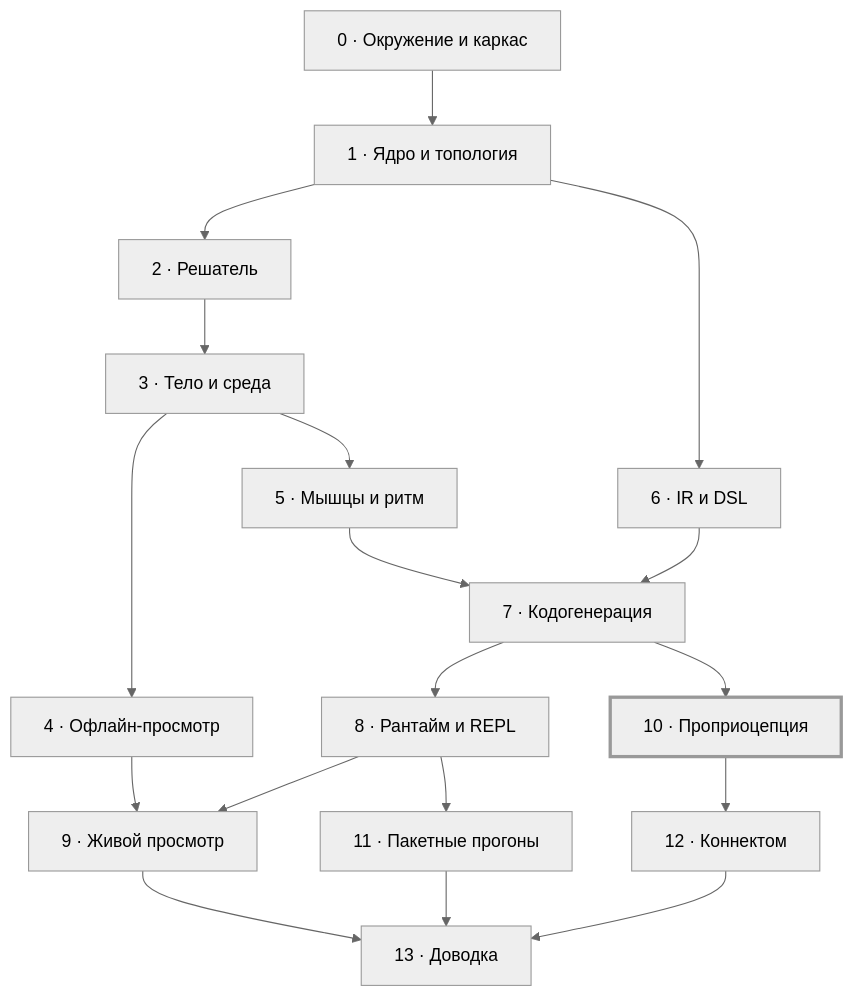
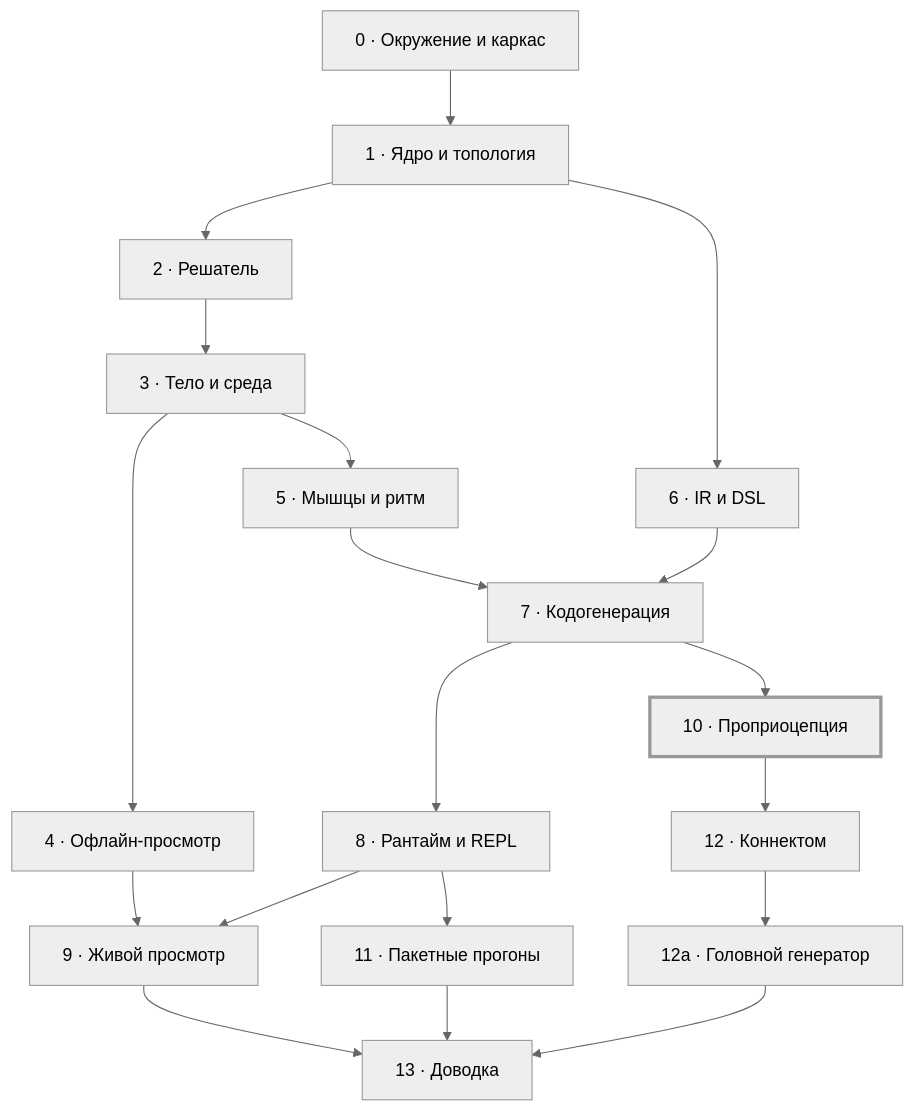
The diagram in docs/plan.md (Ranatar/Wormlisp), drawn with Mermaid (neutral theme) before and after one commit. The commit also changed other lines of this file and 42 other files, not shown here.

````diff
--- a/docs/plan.md
+++ b/docs/plan.md
@@ -27,19 +27,20 @@
 ```mermaid
 %% Две ветки сходятся на кодогенерации; модель проверяется на этапе 10
 flowchart TB
   s0["0 · Окружение и каркас"] --> s1["1 · Ядро и топология"]
   s1 --> s2["2 · Решатель"] --> s3["3 · Тело и среда"]
   s1 --> s6["6 · IR и DSL"]
   s3 --> s4["4 · Офлайн-просмотр"]
   s3 --> s5["5 · Мышцы и ритм"] --> s7["7 · Кодогенерация"]
   s6 --> s7
   s7 --> s8["8 · Рантайм и REPL"]
   s7 --> s10["10 · Проприоцепция"]
   s4 --> s9["9 · Живой просмотр"]
   s8 --> s9
   s8 --> s11["11 · Пакетные прогоны"]
   s10 --> s12["12 · Коннектом"]
-  s9 & s11 & s12 --> s13["13 · Доводка"]
+  s12 --> s12a["12а · Головной генератор"]
+  s9 & s11 & s12a --> s13["13 · Доводка"]
   classDef key stroke-width:3px
   class s10 key
 ```
````
